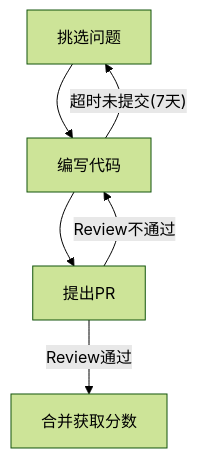
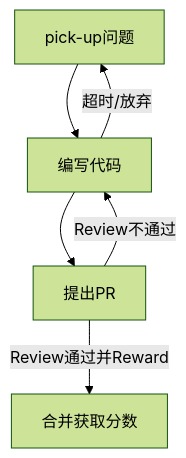
Before and after one commit to ti-community-infra/ti-challenge-bot: the diagram in docs/design.md, drawn with Mermaid (forest theme). The commit also changed other lines of this file and 18 other files, not shown here.

````diff
--- a/docs/design.md
+++ b/docs/design.md
@@ -24,8 +26,12 @@
 ```mermaid
 graph TD;
-  挑选问题-->编写代码;
-  编写代码--超时未提交(7天)-->挑选问题;
+  pick-up问题-->编写代码;
+
+  编写代码--超时/放弃-->pick-up问题;
+
   编写代码-->提出PR;
+
   提出PR--Review不通过-->编写代码;
-  提出PR--Review通过-->合并获取分数;
+
+  提出PR--Review通过并Reward-->合并获取分数;
 ```
````
